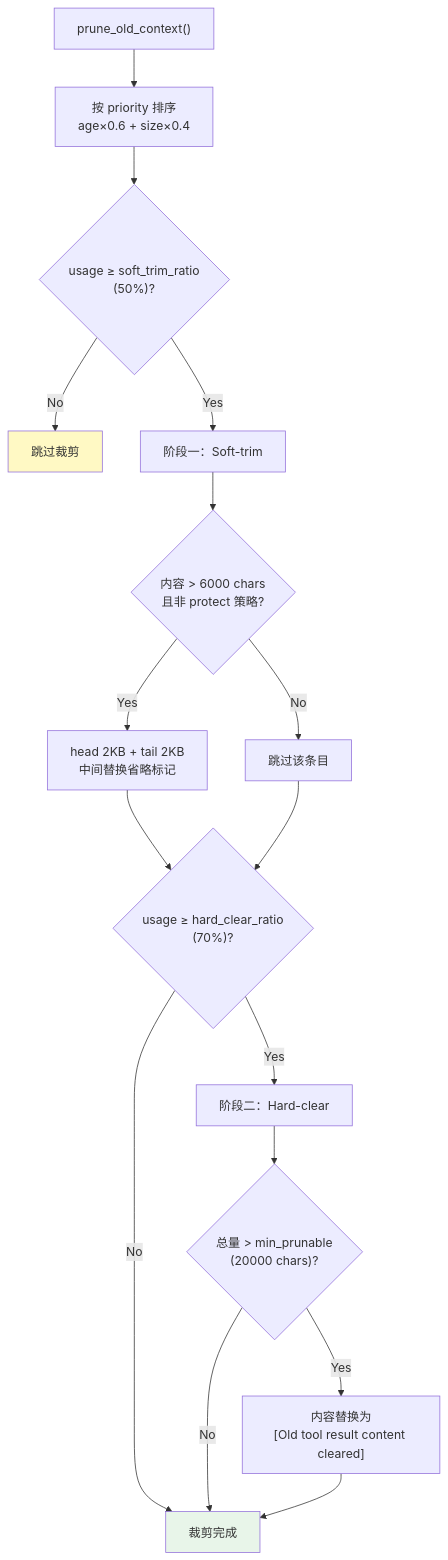
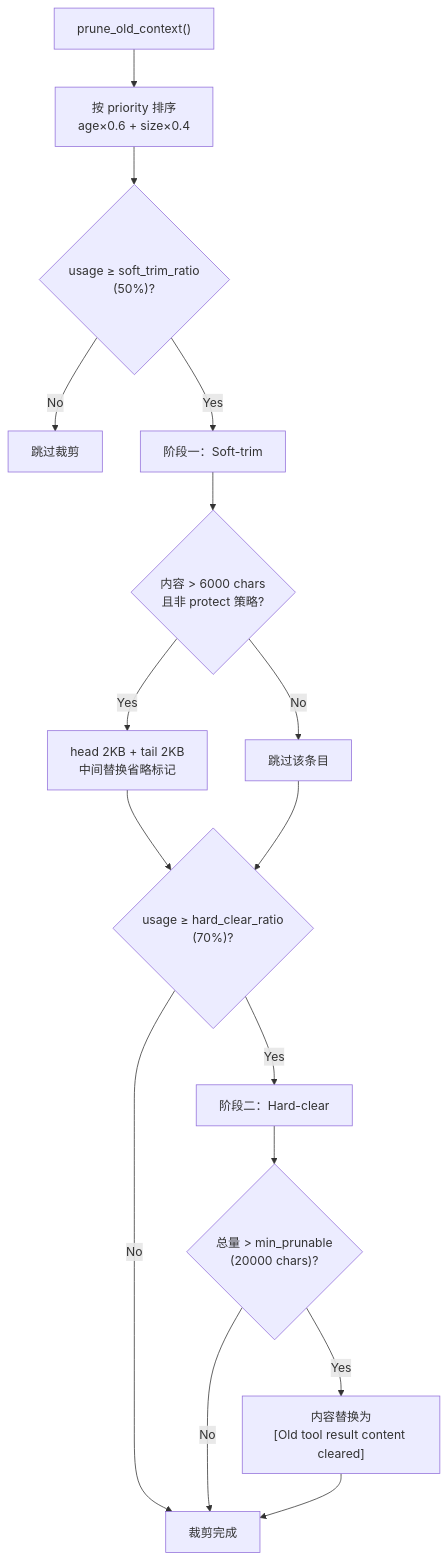
Before and after one commit to shiwenwen/hope-agent: the second of 3 diagrams in docs/architecture/context-compact.md, drawn with Mermaid. The commit also changed other lines of this file and 13 other files, not shown here.

First line of the commit message:
docs: 移除 mermaid 图表中的自定义背景色填充

````diff
--- a/docs/architecture/context-compact.md
+++ b/docs/architecture/context-compact.md
@@ -89,20 +87,18 @@
 ```mermaid
 flowchart TD
     Start["prune_old_context()"] --> Sort["按 priority 排序<br/>age×0.6 + size×0.4"]
     Sort --> Check1{"usage ≥ soft_trim_ratio<br/>(50%)?"}
     Check1 -- No --> Skip["跳过裁剪"]
     Check1 -- Yes --> Soft["阶段一：Soft-trim"]
     Soft --> Filter1{"内容 > 6000 chars<br/>且非 protect 策略?"}
     Filter1 -- Yes --> Trim["head 2KB + tail 2KB<br/>中间替换省略标记"]
     Filter1 -- No --> Next1["跳过该条目"]
     Trim --> Check2{"usage ≥ hard_clear_ratio<br/>(70%)?"}
     Next1 --> Check2
     Check2 -- No --> Done["裁剪完成"]
     Check2 -- Yes --> Hard["阶段二：Hard-clear"]
     Hard --> Filter2{"总量 > min_prunable<br/>(20000 chars)?"}
     Filter2 -- No --> Done
     Filter2 -- Yes --> Clear["内容替换为<br/>[Old tool result content cleared]"]
     Clear --> Done
-    style Done fill:#e8f5e9
-    style Skip fill:#fff9c4
 ```
````
